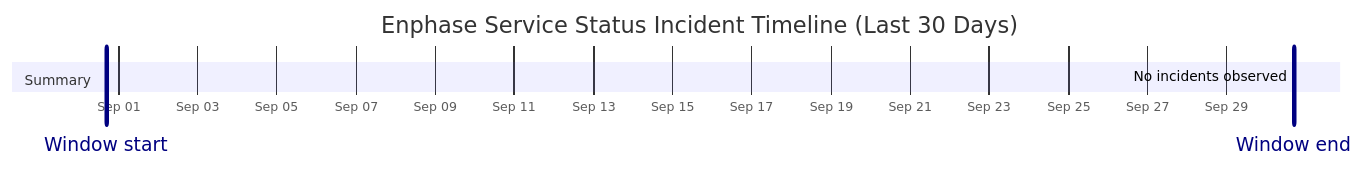
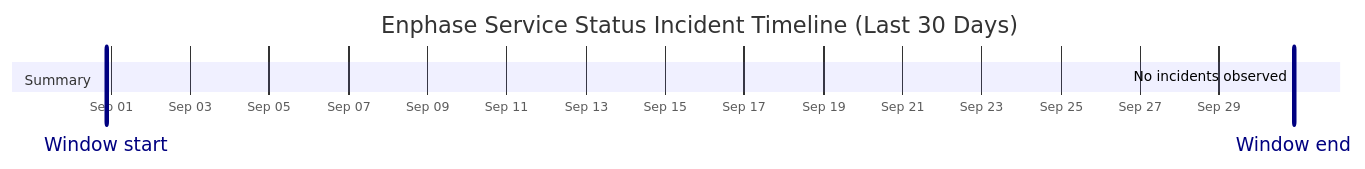
One commit to barneyonline/ha-enphase-energy changed the diagram in wiki/Service-Status-History.md. Above: the diagram before and after it, drawn with Mermaid. The commit also changed other lines of this file and 3 other files, not shown here.

````diff
--- a/wiki/Service-Status-History.md
+++ b/wiki/Service-Status-History.md
@@ -14,10 +14,10 @@
 ```mermaid
 gantt
     title Enphase Service Status Incident Timeline (Last 30 Days)
     dateFormat  YYYY-MM-DDTHH:mm:ss
     axisFormat  %b %d
-    Window start :vert, window-start, 2026-08-31T16:39:17, 0ms
-    Window end :vert, window-end, 2026-09-30T16:39:17, 0ms
+    Window start :vert, window-start, 2026-08-31T21:12:18, 0ms
+    Window end :vert, window-end, 2026-09-30T21:12:18, 0ms
     section Summary
-    No incidents observed :done, 2026-09-30T16:39:17, 1m
+    No incidents observed :done, 2026-09-30T21:12:18, 1m
 ```
````
